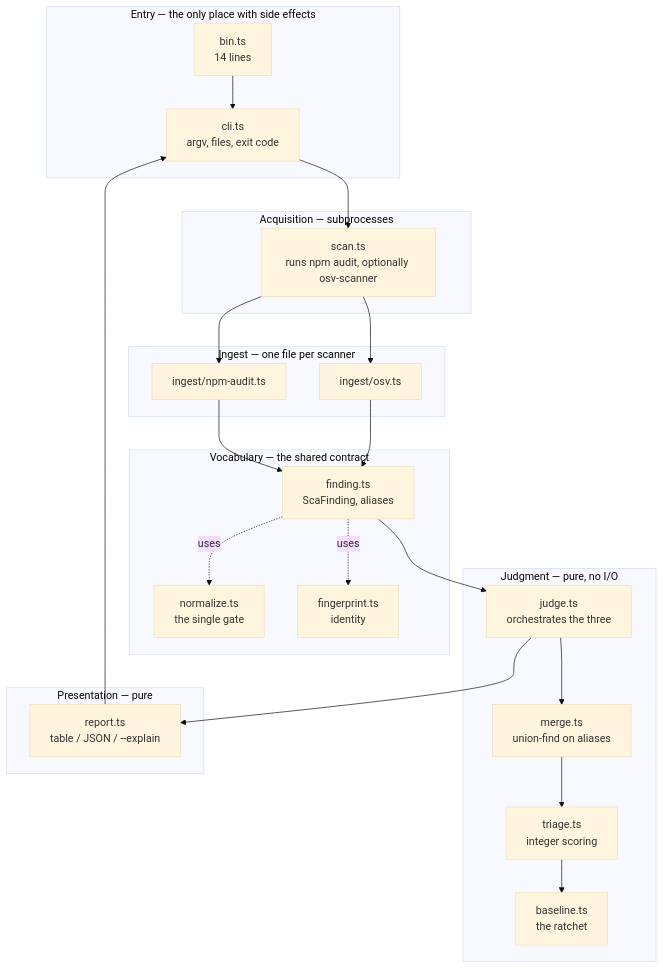
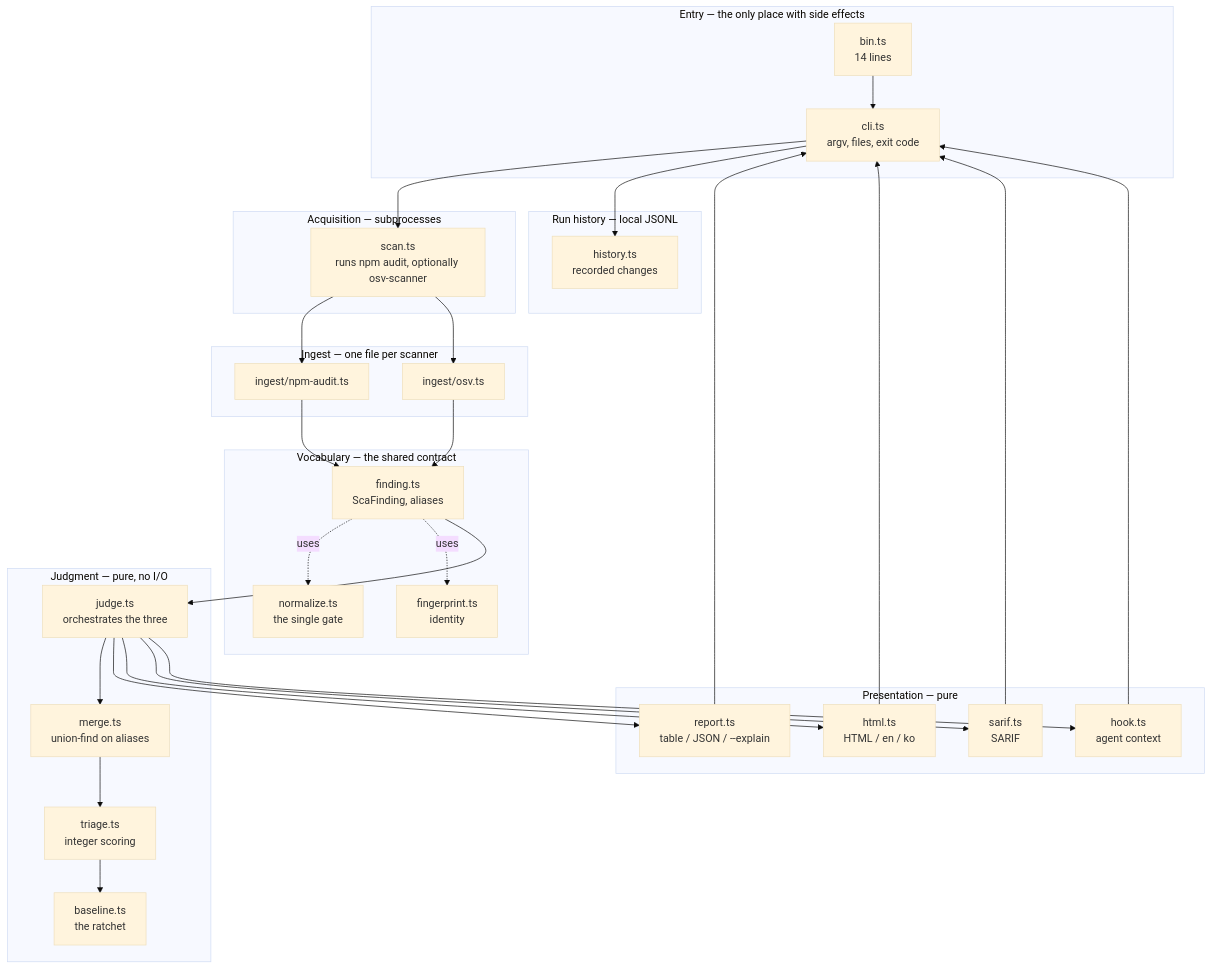
One commit to kshivam4781/zero-shelter changed the first of 2 diagrams in docs/architecture.md. Above: the diagram before and after it, drawn with Mermaid (base theme). The commit also changed other lines of this file and 4 other files, not shown here.

````diff
--- a/docs/architecture.md
+++ b/docs/architecture.md
@@ -12,46 +12,60 @@
 ```mermaid
 flowchart TD
     subgraph entry["Entry — the only place with side effects"]
         bin["bin.ts<br/>14 lines"]
         cli["cli.ts<br/>argv, files, exit code"]
     end
 
     subgraph acq["Acquisition — subprocesses"]
         scan["scan.ts<br/>runs npm audit, optionally osv-scanner"]
     end
 
     subgraph ingest["Ingest — one file per scanner"]
         npma["ingest/npm-audit.ts"]
         osv["ingest/osv.ts"]
     end
 
     subgraph vocab["Vocabulary — the shared contract"]
         finding["finding.ts<br/>ScaFinding, aliases"]
         norm["normalize.ts<br/>the single gate"]
         fp["fingerprint.ts<br/>identity"]
     end
 
     subgraph judgment["Judgment — pure, no I/O"]
         merge["merge.ts<br/>union-find on aliases"]
         triage["triage.ts<br/>integer scoring"]
         base["baseline.ts<br/>the ratchet"]
         judge["judge.ts<br/>orchestrates the three"]
     end
 
     subgraph present["Presentation — pure"]
         report["report.ts<br/>table / JSON / --explain"]
+        html["html.ts<br/>HTML / en / ko"]
+        sarif["sarif.ts<br/>SARIF"]
+        hook["hook.ts<br/>agent context"]
+    end
+
+    subgraph history["Run history — local JSONL"]
+        historyModel["history.ts<br/>recorded changes"]
     end
 
     bin --> cli
     cli --> scan
     scan --> npma
     scan --> osv
     npma --> finding
     osv --> finding
     finding -.uses.-> norm
     finding -.uses.-> fp
     finding --> judge
     judge --> merge --> triage --> base
     judge --> report
+    judge --> html
+    judge --> sarif
+    judge --> hook
+    cli --> historyModel
     report --> cli
+    html --> cli
+    sarif --> cli
+    hook --> cli
 ```
````
